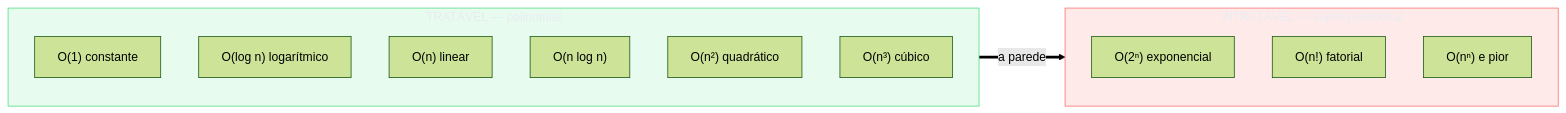
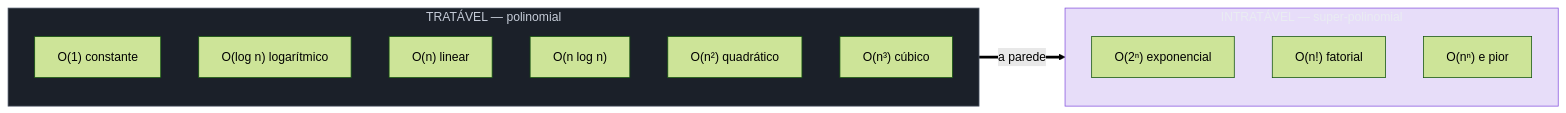
Before and after one commit to josenaldo/codex-technomanticus: the first of 5 diagrams in 03-Dominios/Ciência/Algoritmos/13 - Intratabilidade.md, drawn with Mermaid (forest theme). The commit also changed other lines of this file and 601 other files, not shown here.

````diff
--- a/03-Dominios/Ciência/Algoritmos/13 - Intratabilidade.md
+++ b/03-Dominios/Ciência/Algoritmos/13 - Intratabilidade.md
@@ -42,24 +42,24 @@
 ```mermaid
 flowchart LR
-    classDef ok fill:#4ADE8021,stroke:#4ADE80,color:#E9ECF2
-    classDef falha fill:#FF6B6B24,stroke:#FF6B6B,color:#E9ECF2
+    classDef marca fill:#8855DF33,stroke:#8855DF,color:#E9ECF2
+    classDef neutro fill:#1B2029,stroke:#4E5666,color:#C6CCD8
     subgraph TRATAVEL["TRATÁVEL — polinomial"]
         direction TB
         A["O(1) constante"]
         B["O(log n) logarítmico"]
         C["O(n) linear"]
         D["O(n log n)"]
         E["O(n²) quadrático"]
         F["O(n³) cúbico"]
     end
     subgraph INTRATAVEL["INTRATÁVEL — super-polinomial"]
         direction TB
         G["O(2ⁿ) exponencial"]
         H["O(n!) fatorial"]
         I["O(nⁿ) e pior"]
     end
     TRATAVEL ==>|"a parede"| INTRATAVEL
 
-    class TRATAVEL ok
-    class INTRATAVEL falha
+    class TRATAVEL neutro
+    class INTRATAVEL marca
 ```
````
